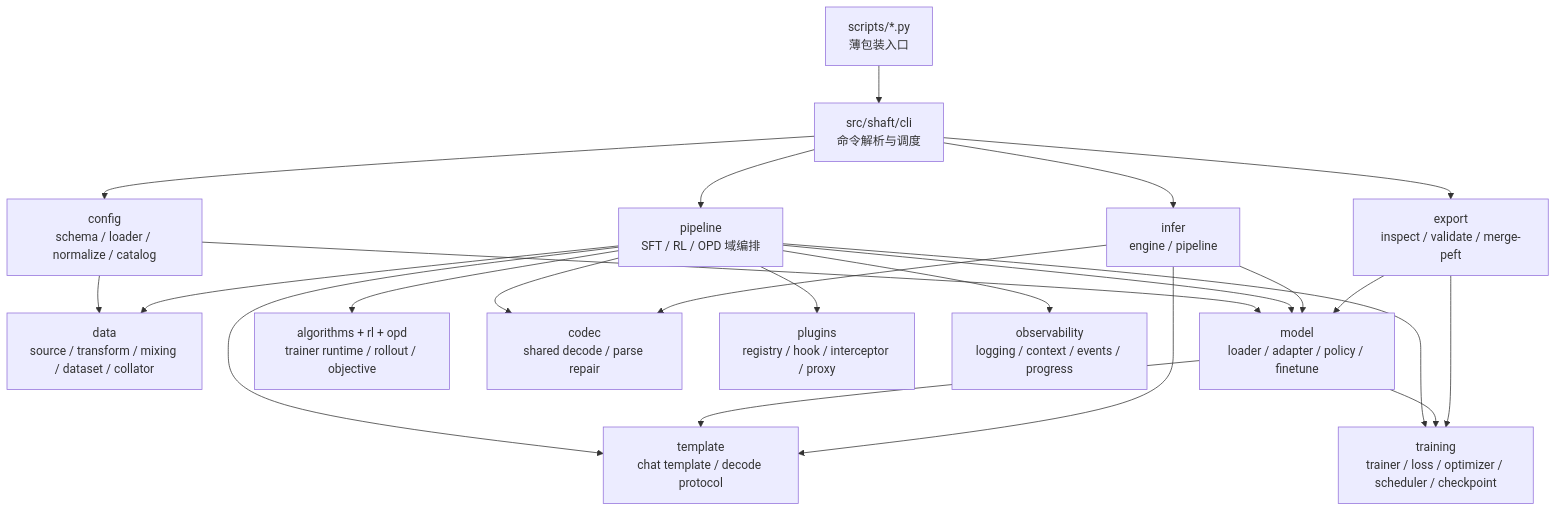
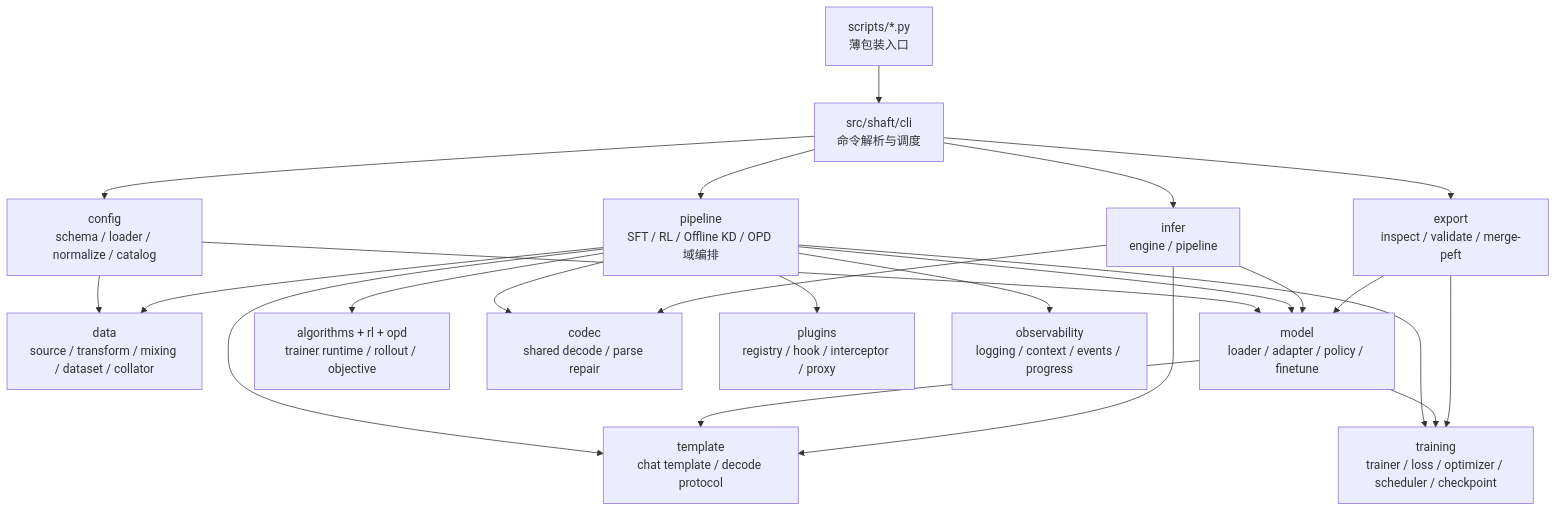
One commit to BITnene465/shaft changed the first of 3 diagrams in docs/architecture.md. Above: the diagram before and after it, drawn with Mermaid. The commit also changed other lines of this file and 44 other files, not shown here.

Commit message:
feat(offline-kd): add aligned vLLM artifact pipeline

````diff
--- a/docs/architecture.md
+++ b/docs/architecture.md
@@ -48,41 +48,41 @@
 ```mermaid
 flowchart TD
     Scripts["scripts/*.py<br/>薄包装入口"]
     CLI["src/shaft/cli<br/>命令解析与调度"]
     Config["config<br/>schema / loader / normalize / catalog"]
-    Pipeline["pipeline<br/>SFT / RL / OPD 域编排"]
+    Pipeline["pipeline<br/>SFT / RL / Offline KD / OPD 域编排"]
     Data["data<br/>source / transform / mixing / dataset / collator"]
     Model["model<br/>loader / adapter / policy / finetune"]
     Template["template<br/>chat template / decode protocol"]
     Algorithms["algorithms + rl + opd<br/>trainer runtime / rollout / objective"]
     Training["training<br/>trainer / loss / optimizer / scheduler / checkpoint"]
     Codec["codec<br/>shared decode / parse repair"]
     Infer["infer<br/>engine / pipeline"]
     Export["export<br/>inspect / validate / merge-peft"]
     Plugins["plugins<br/>registry / hook / interceptor / proxy"]
     Obs["observability<br/>logging / context / events / progress"]
 
     Scripts --> CLI
     CLI --> Config
     CLI --> Pipeline
     CLI --> Infer
     CLI --> Export
 
     Config --> Data
     Config --> Model
     Pipeline --> Data
     Pipeline --> Model
     Pipeline --> Template
     Pipeline --> Algorithms
     Pipeline --> Training
     Pipeline --> Codec
     Pipeline --> Plugins
     Pipeline --> Obs
     Model --> Template
     Model --> Training
     Infer --> Codec
     Infer --> Model
     Infer --> Template
     Export --> Model
     Export --> Training
 ```
````
